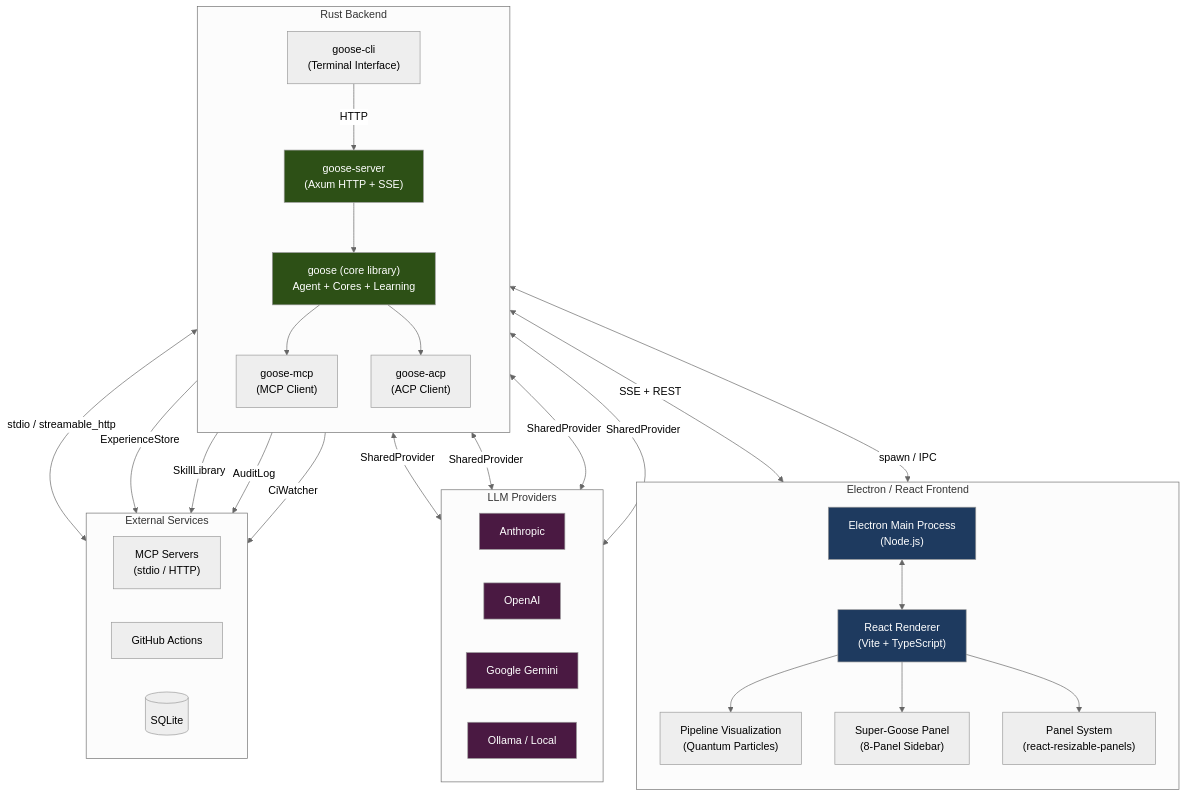
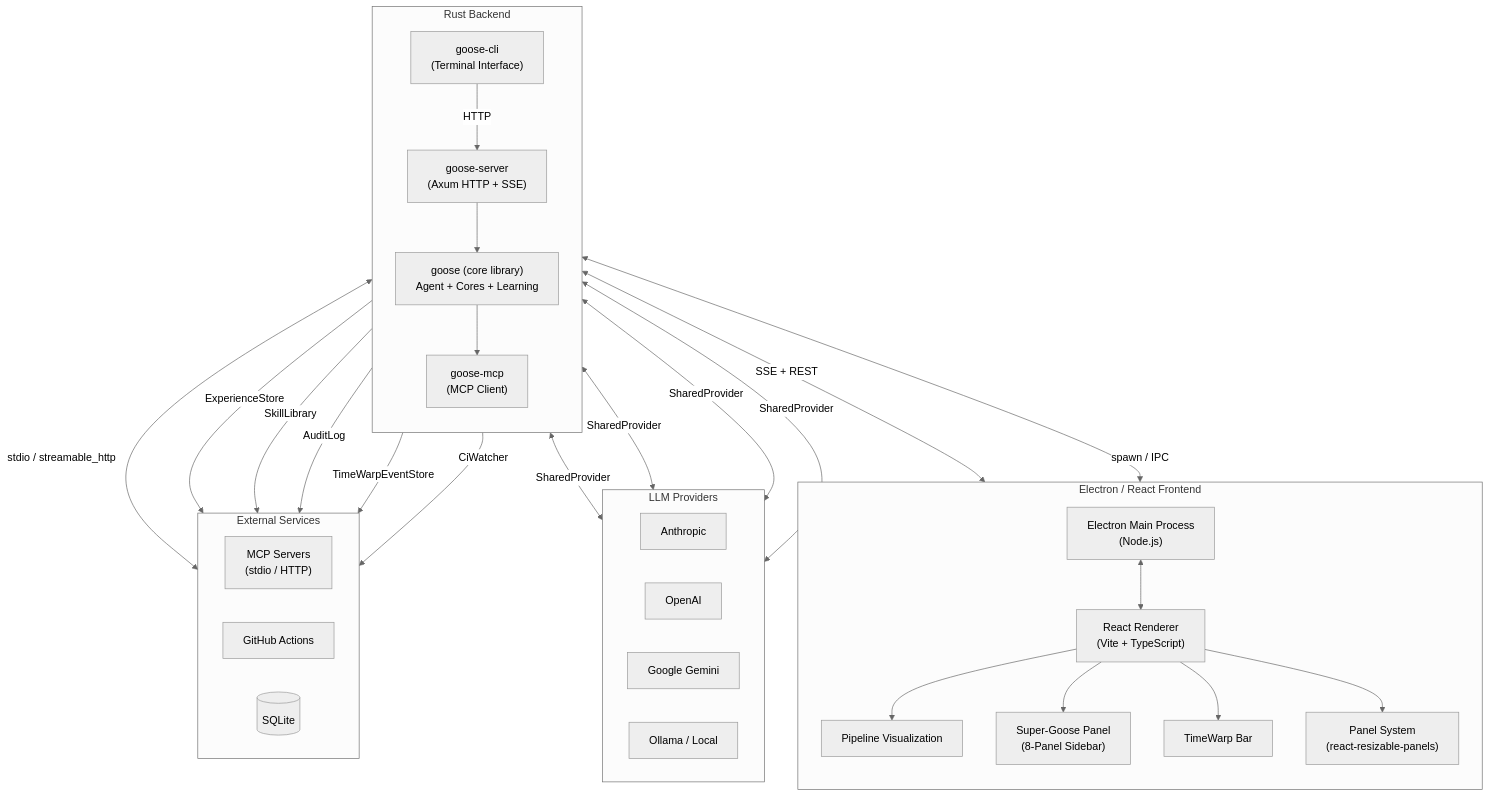
One commit to Ghenghis/Super-Goose changed the first of 10 diagrams in docs/ARCHITECTURE.md. Above: the diagram before and after it, drawn with Mermaid (neutral theme). The commit also changed other lines of this file and 317 other files, not shown here.

````diff
--- a/docs/ARCHITECTURE.md
+++ b/docs/ARCHITECTURE.md
@@ -26,67 +30,59 @@
 ```mermaid
 graph TB
     subgraph "Electron / React Frontend"
         direction TB
         EP["Electron Main Process<br/>(Node.js)"]
         RP["React Renderer<br/>(Vite + TypeScript)"]
-        PV["Pipeline Visualization<br/>(Quantum Particles)"]
+        PV["Pipeline Visualization"]
         SG["Super-Goose Panel<br/>(8-Panel Sidebar)"]
+        TW["TimeWarp Bar"]
         PS["Panel System<br/>(react-resizable-panels)"]
     end
 
     subgraph "Rust Backend"
         direction TB
         GS["goose-server<br/>(Axum HTTP + SSE)"]
         GA["goose (core library)<br/>Agent + Cores + Learning"]
         GM["goose-mcp<br/>(MCP Client)"]
-        GAC["goose-acp<br/>(ACP Client)"]
         CLI["goose-cli<br/>(Terminal Interface)"]
     end
 
     subgraph "LLM Providers"
         direction LR
         AN[Anthropic]
         OA[OpenAI]
         GG[Google Gemini]
         OL[Ollama / Local]
     end
 
     subgraph "External Services"
         direction LR
         MCP["MCP Servers<br/>(stdio / HTTP)"]
         GH["GitHub Actions"]
         DB[(SQLite)]
     end
 
     EP <-->|"spawn / IPC"| GS
     EP <--> RP
     RP --> PV
     RP --> SG
+    RP --> TW
     RP --> PS
 
     GS <-->|"SSE + REST"| RP
     GS --> GA
     GA --> GM
-    GA --> GAC
     GA <-->|"SharedProvider"| AN
     GA <-->|"SharedProvider"| OA
     GA <-->|"SharedProvider"| GG
     GA <-->|"SharedProvider"| OL
 
     GM <-->|"stdio / streamable_http"| MCP
     GA -->|"ExperienceStore"| DB
     GA -->|"SkillLibrary"| DB
     GA -->|"AuditLog"| DB
+    GA -->|"TimeWarpEventStore"| DB
     GA -->|"CiWatcher"| GH
 
     CLI -->|"HTTP"| GS
-
-    style EP fill:#1e3a5f,color:#fff
-    style RP fill:#1e3a5f,color:#fff
-    style GS fill:#2d5016,color:#fff
-    style GA fill:#2d5016,color:#fff
-    style AN fill:#4a1942,color:#fff
-    style OA fill:#4a1942,color:#fff
-    style GG fill:#4a1942,color:#fff
-    style OL fill:#4a1942,color:#fff
 ```
````
